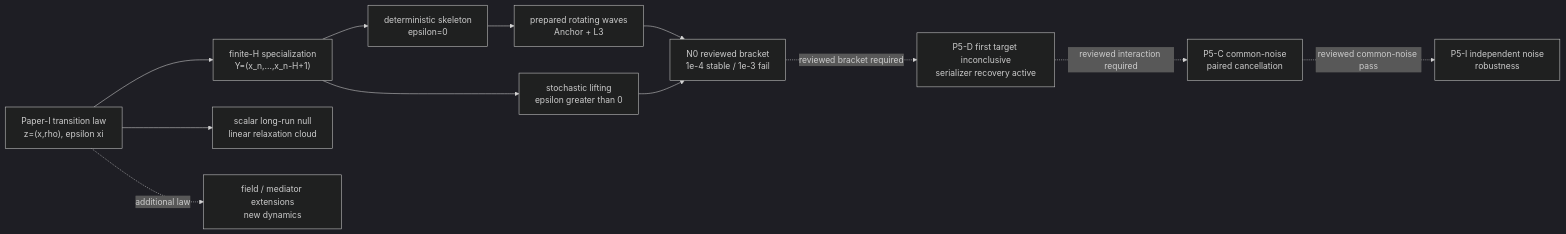
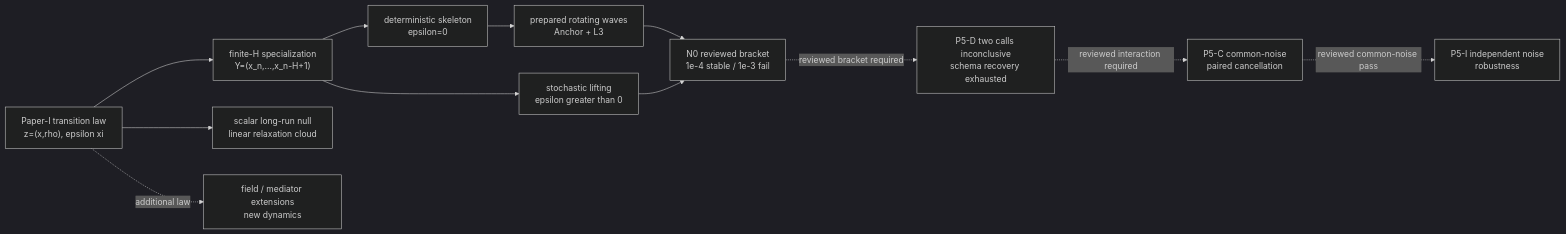
The seventh of 8 diagrams in docs/reference/repository_map.md (MemoryDynamics/Knoten), drawn with Mermaid (dark theme) before and after one commit. The commit also changed other lines of this file and 11 other files, not shown here.

````diff
--- a/docs/reference/repository_map.md
+++ b/docs/reference/repository_map.md
@@ -348,23 +348,23 @@
 ```mermaid
 flowchart LR
     paperlaw["Paper-I transition law<br/>z=(x,rho), epsilon xi"]
     finiteh["finite-H specialization<br/>Y=(x_n,...,x_n-H+1)"]
     deterministic["deterministic skeleton<br/>epsilon=0"]
     stochastic["stochastic lifting<br/>epsilon greater than 0"]
     longrun["scalar long-run null<br/>linear relaxation cloud"]
     loops["prepared rotating waves<br/>Anchor + L3"]
     n0["N0 reviewed bracket<br/>1e-4 stable / 1e-3 fail"]
-    p5d["P5-D first target inconclusive<br/>serializer recovery active"]
+    p5d["P5-D two calls inconclusive<br/>schema recovery exhausted"]
     p5c["P5-C common-noise<br/>paired cancellation"]
     p5i["P5-I independent noise<br/>robustness"]
     fields["field / mediator extensions<br/>new dynamics"]
 
     paperlaw --> finiteh
     paperlaw --> longrun
     finiteh --> deterministic --> loops --> n0
     finiteh --> stochastic --> n0
     n0 -.reviewed bracket required.-> p5d
     p5d -.reviewed interaction required.-> p5c
     p5c -.reviewed common-noise pass.-> p5i
     paperlaw -.additional law.-> fields
 ```
````
